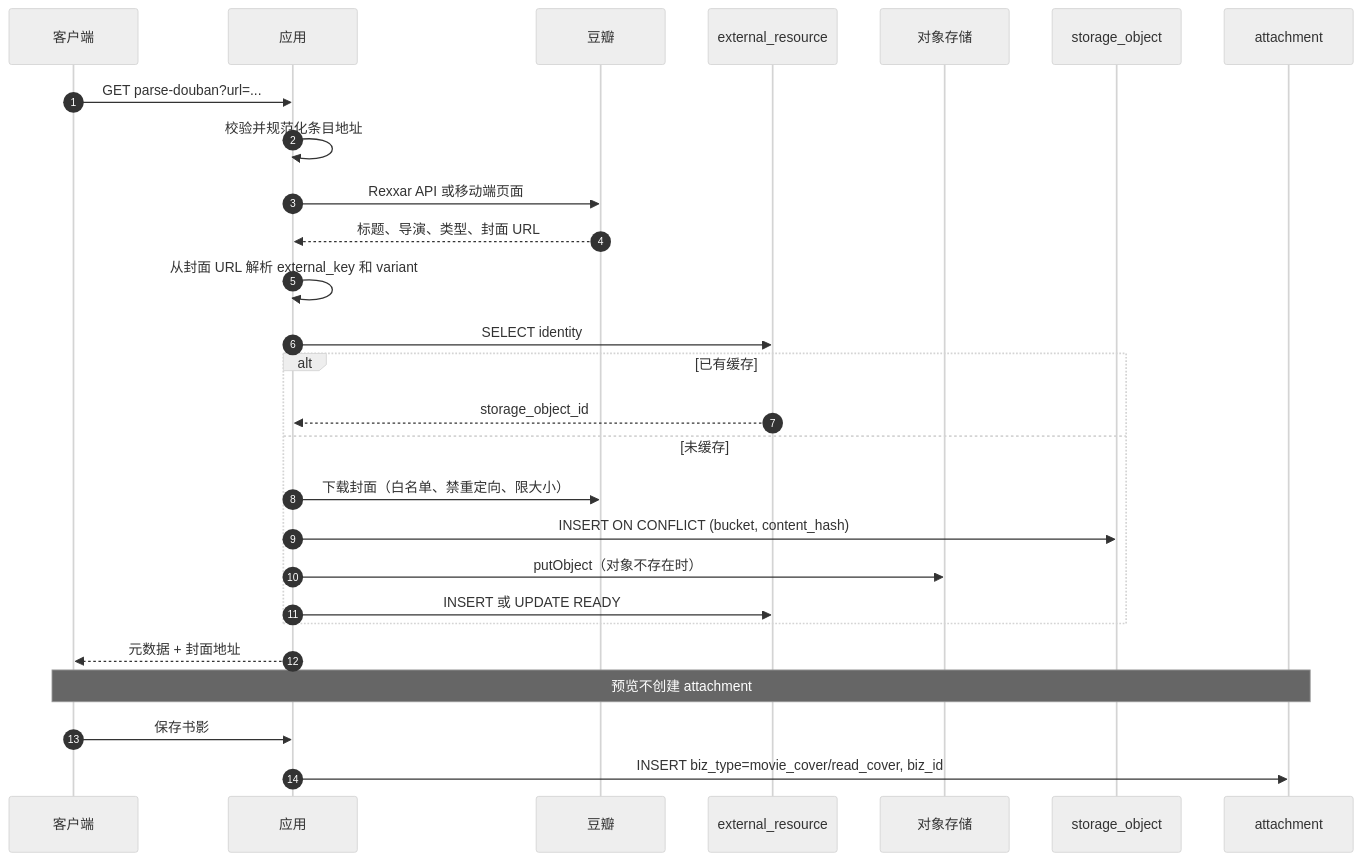
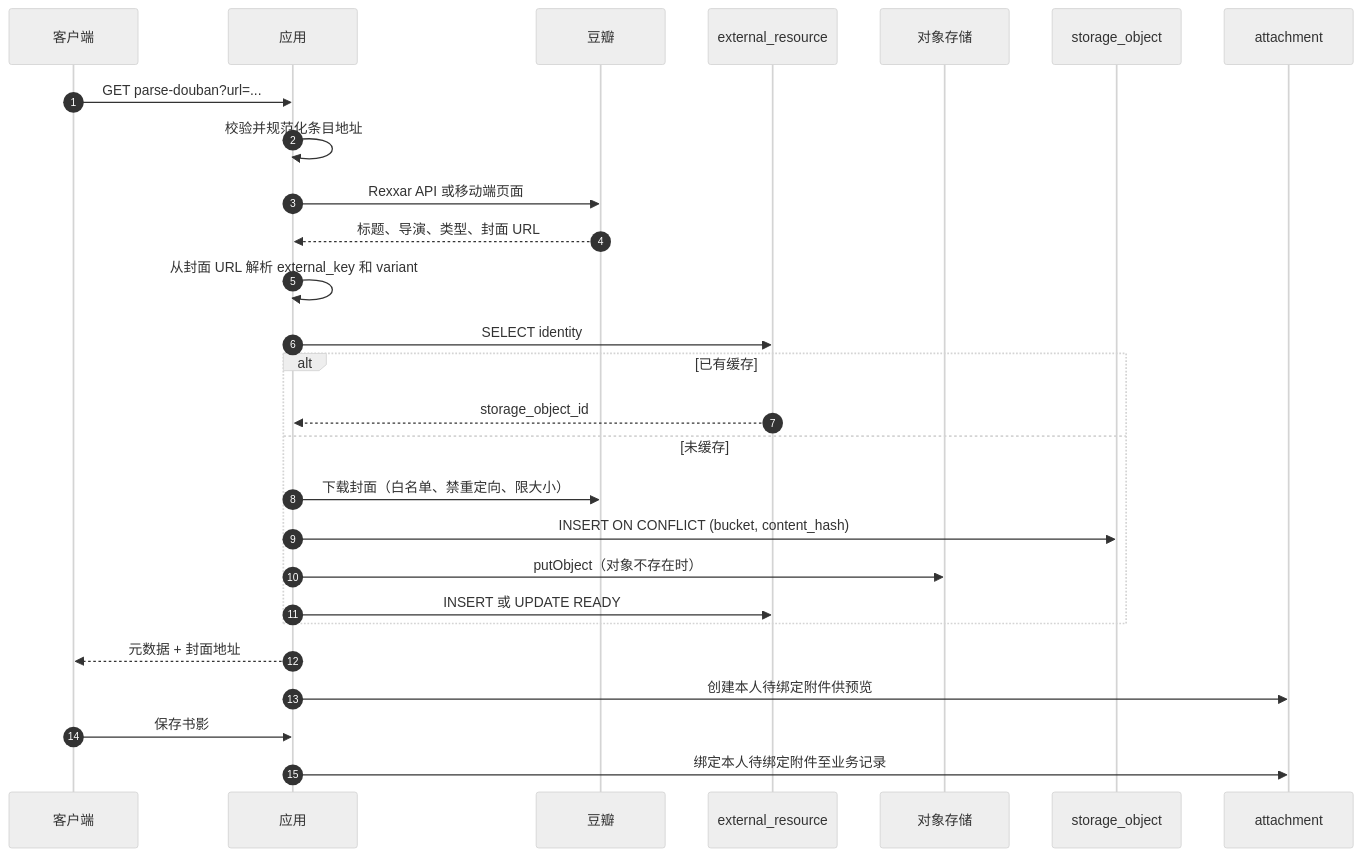
The fourth of 7 diagrams in docs/附件与来源表设计.md (lys1313013/aio-life-server), drawn with Mermaid (neutral theme) before and after one commit. The commit also changed other lines of this file and 5 other files, not shown here.

````diff
--- a/docs/附件与来源表设计.md
+++ b/docs/附件与来源表设计.md
@@ -576,30 +568,30 @@
 ```mermaid
 sequenceDiagram
     autonumber
     participant C as 客户端
     participant A as 应用
     participant D as 豆瓣
     participant ER as external_resource
     participant M as 对象存储
     participant SO as storage_object
     participant AR as attachment
 
     C->>A: GET parse-douban?url=...
     A->>A: 校验并规范化条目地址
     A->>D: Rexxar API 或移动端页面
     D-->>A: 标题、导演、类型、封面 URL
     A->>A: 从封面 URL 解析 external_key 和 variant
     A->>ER: SELECT identity
     alt 已有缓存
         ER-->>A: storage_object_id
     else 未缓存
         A->>D: 下载封面（白名单、禁重定向、限大小）
         A->>SO: INSERT ON CONFLICT (bucket, content_hash)
         A->>M: putObject（对象不存在时）
         A->>ER: INSERT 或 UPDATE READY
     end
     A-->>C: 元数据 + 封面地址
-    Note over C,AR: 预览不创建 attachment
+    A->>AR: 创建本人待绑定附件供预览
     C->>A: 保存书影
-    A->>AR: INSERT biz_type=movie_cover/read_cover, biz_id
+    A->>AR: 绑定本人待绑定附件至业务记录
 ```
````
